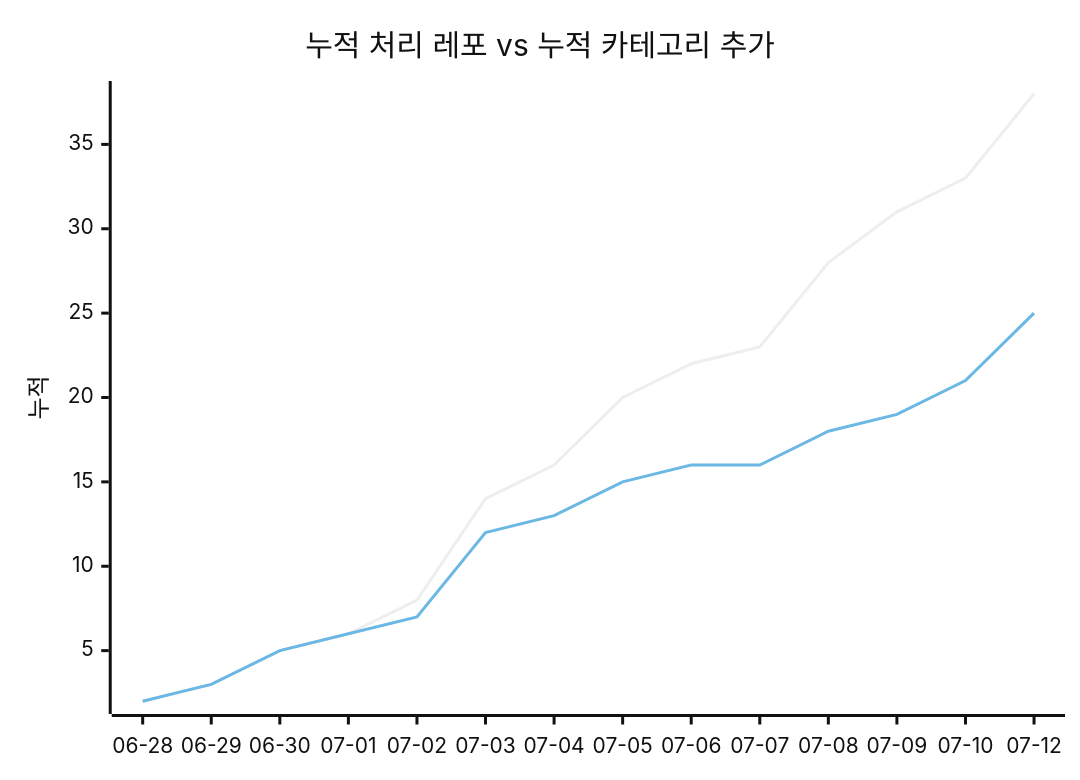
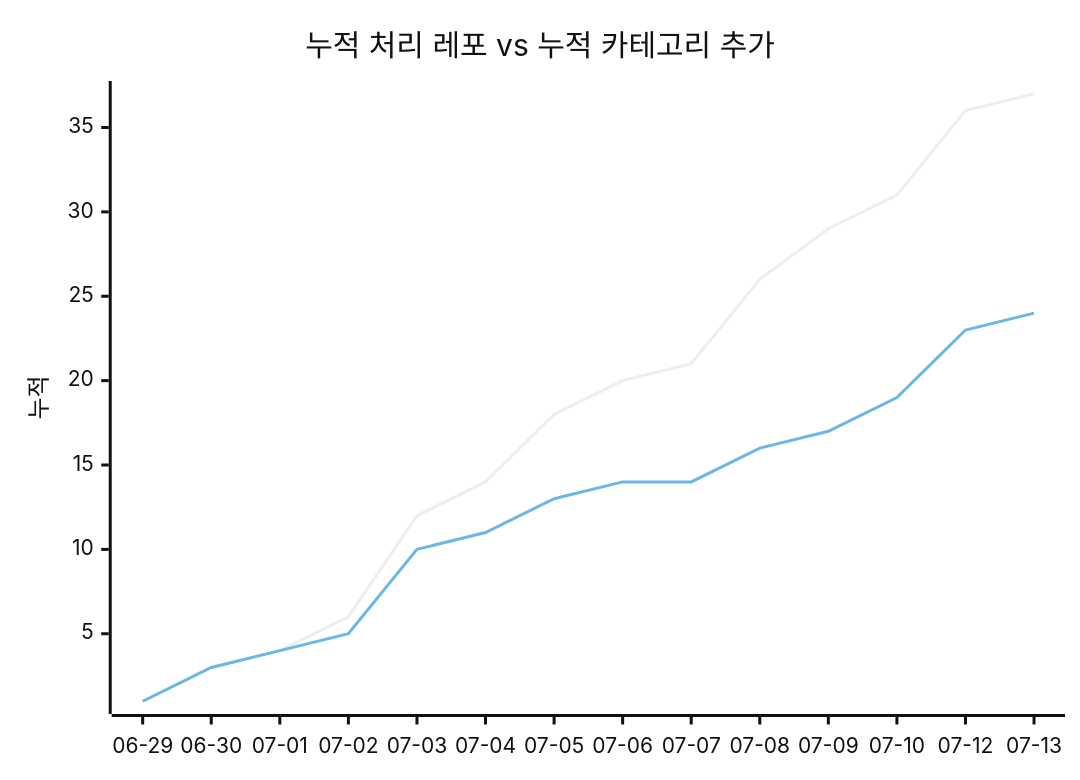
One commit to J-nowcow/awesome-korean-agent-skills changed the second of 2 diagrams in docs/trends.md. Above: the diagram before and after it, drawn with Mermaid (neutral theme). The commit also changed other lines of this file and 4 other files, not shown here.

````diff
--- a/docs/trends.md
+++ b/docs/trends.md
@@ -68,8 +68,8 @@
 ```mermaid
 xychart-beta
     title "누적 처리 레포 vs 누적 카테고리 추가"
-    x-axis ["06-28","06-29","06-30","07-01","07-02","07-03","07-04","07-05","07-06","07-07","07-08","07-09","07-10","07-12"]
+    x-axis ["06-29","06-30","07-01","07-02","07-03","07-04","07-05","07-06","07-07","07-08","07-09","07-10","07-12","07-13"]
     y-axis "누적"
-    line [2,3,5,6,8,14,16,20,22,23,28,31,33,38]
-    line [2,3,5,6,7,12,13,15,16,16,18,19,21,25]
+    line [1,3,4,6,12,14,18,20,21,26,29,31,36,37]
+    line [1,3,4,5,10,11,13,14,14,16,17,19,23,24]
 ```
````
